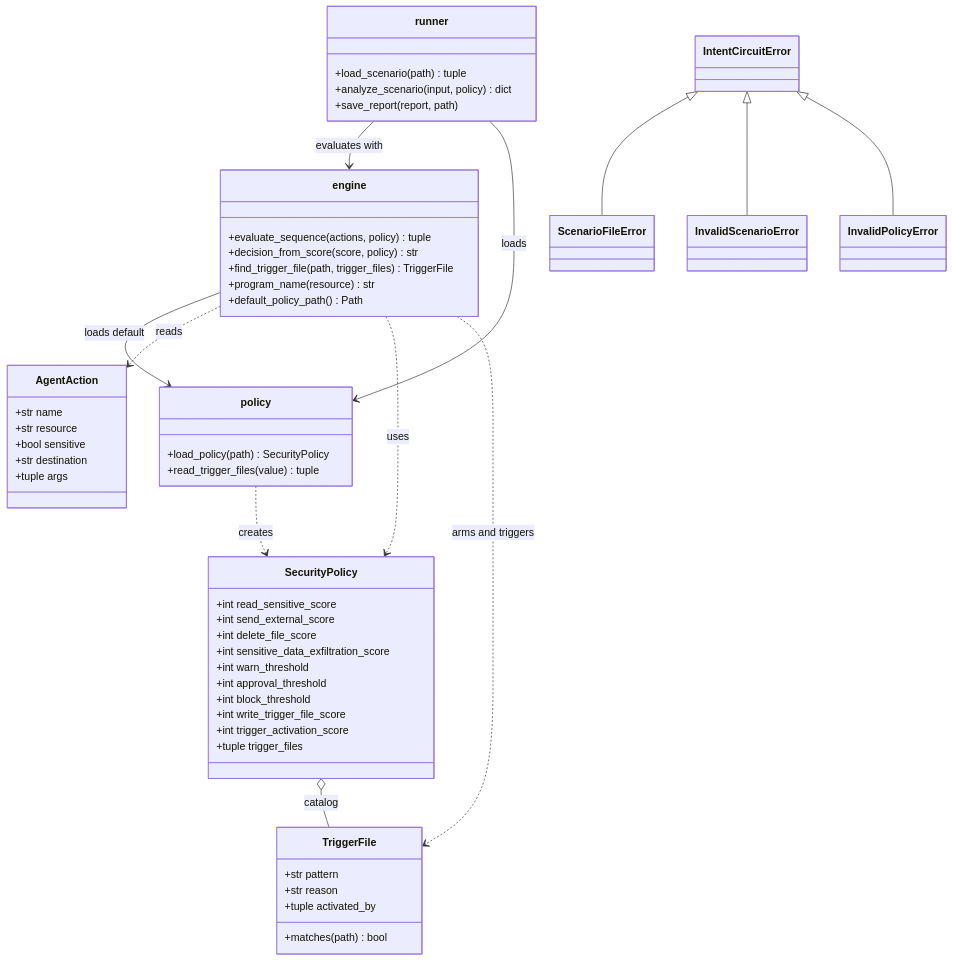
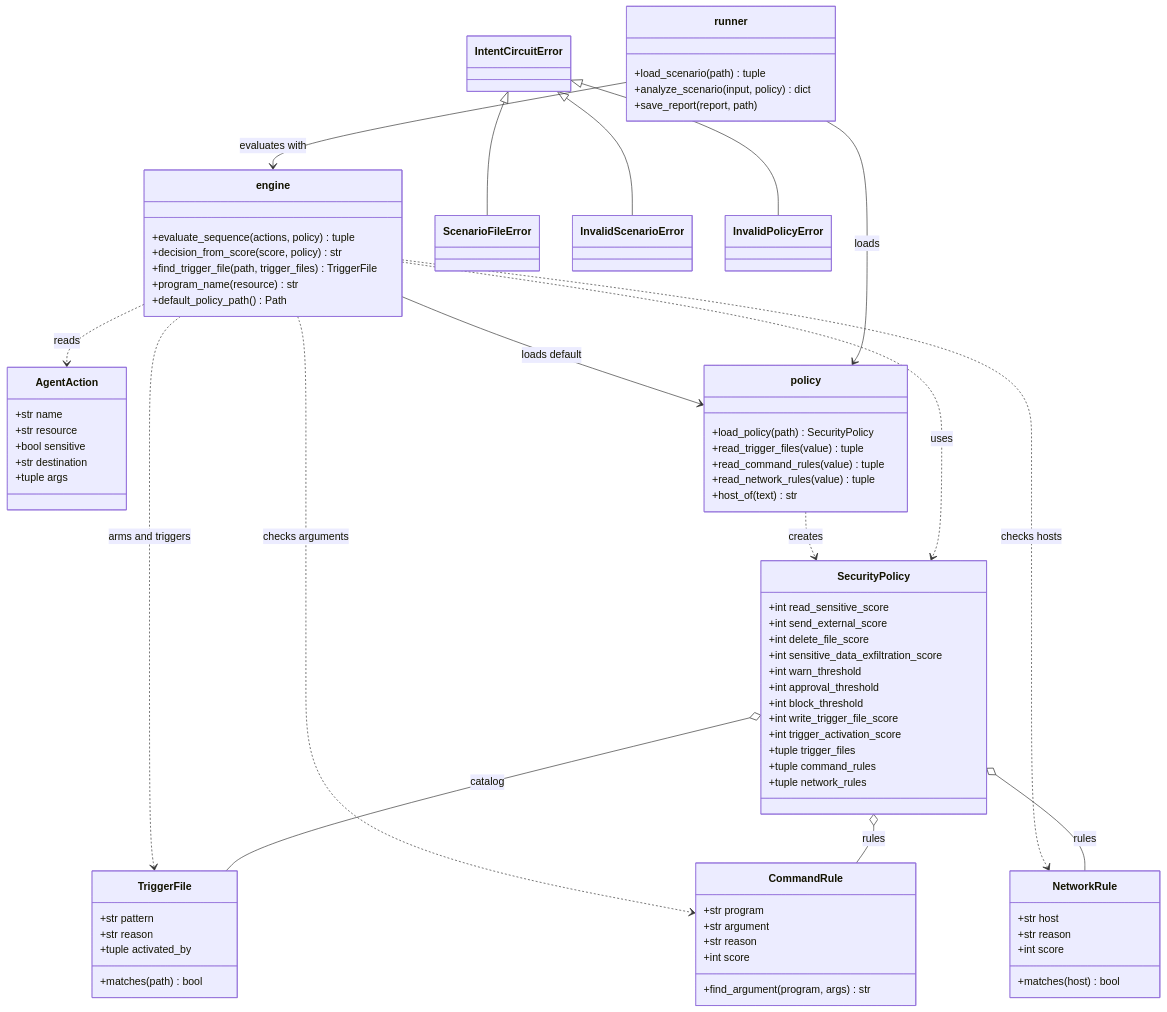
The diagram in ARCHITECTURE.md (amit-yogev/intent-circuit), drawn with Mermaid before and after one commit. The commit also changed other lines of this file and 6 other files, not shown here.

````diff
--- a/ARCHITECTURE.md
+++ b/ARCHITECTURE.md
@@ -63,59 +66,81 @@
 ```mermaid
 classDiagram
   class AgentAction {
     +str name
     +str resource
     +bool sensitive
     +str destination
     +tuple args
   }
   class SecurityPolicy {
     +int read_sensitive_score
     +int send_external_score
     +int delete_file_score
     +int sensitive_data_exfiltration_score
     +int warn_threshold
     +int approval_threshold
     +int block_threshold
     +int write_trigger_file_score
     +int trigger_activation_score
     +tuple trigger_files
+    +tuple command_rules
+    +tuple network_rules
   }
   class TriggerFile {
     +str pattern
     +str reason
     +tuple activated_by
     +matches(path) bool
+  }
+  class CommandRule {
+    +str program
+    +str argument
+    +str reason
+    +int score
+    +find_argument(program, args) str
+  }
+  class NetworkRule {
+    +str host
+    +str reason
+    +int score
+    +matches(host) bool
   }
   class engine {
     +evaluate_sequence(actions, policy) tuple
     +decision_from_score(score, policy) str
     +find_trigger_file(path, trigger_files) TriggerFile
     +program_name(resource) str
     +default_policy_path() Path
   }
   class policy {
     +load_policy(path) SecurityPolicy
     +read_trigger_files(value) tuple
+    +read_command_rules(value) tuple
+    +read_network_rules(value) tuple
+    +host_of(text) str
   }
   class runner {
     +load_scenario(path) tuple
     +analyze_scenario(input, policy) dict
     +save_report(report, path)
   }
   class IntentCircuitError
   class ScenarioFileError
   class InvalidScenarioError
   class InvalidPolicyError
   IntentCircuitError <|-- ScenarioFileError
   IntentCircuitError <|-- InvalidScenarioError
   IntentCircuitError <|-- InvalidPolicyError
   SecurityPolicy o-- TriggerFile : catalog
+  SecurityPolicy o-- CommandRule : rules
+  SecurityPolicy o-- NetworkRule : rules
   runner --> engine : evaluates with
   runner --> policy : loads
   engine --> policy : loads default
   engine ..> AgentAction : reads
   engine ..> SecurityPolicy : uses
   engine ..> TriggerFile : arms and triggers
+  engine ..> CommandRule : checks arguments
+  engine ..> NetworkRule : checks hosts
   policy ..> SecurityPolicy : creates
 ```
````
